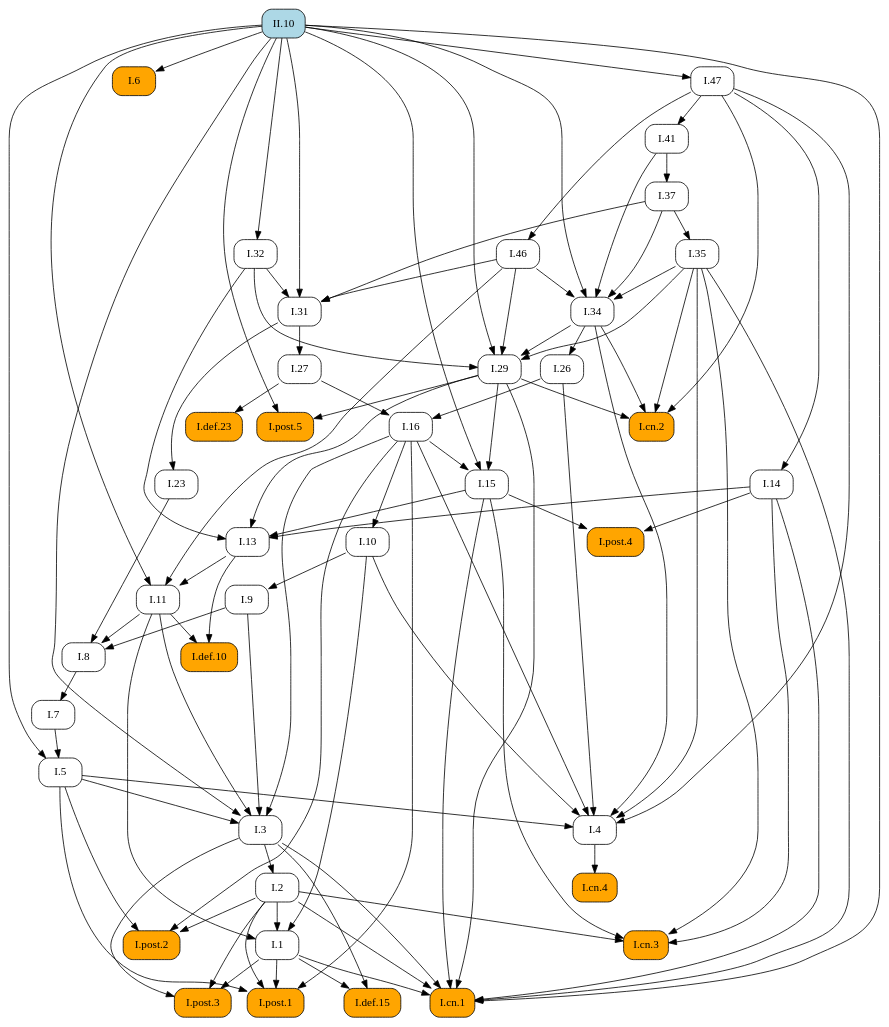
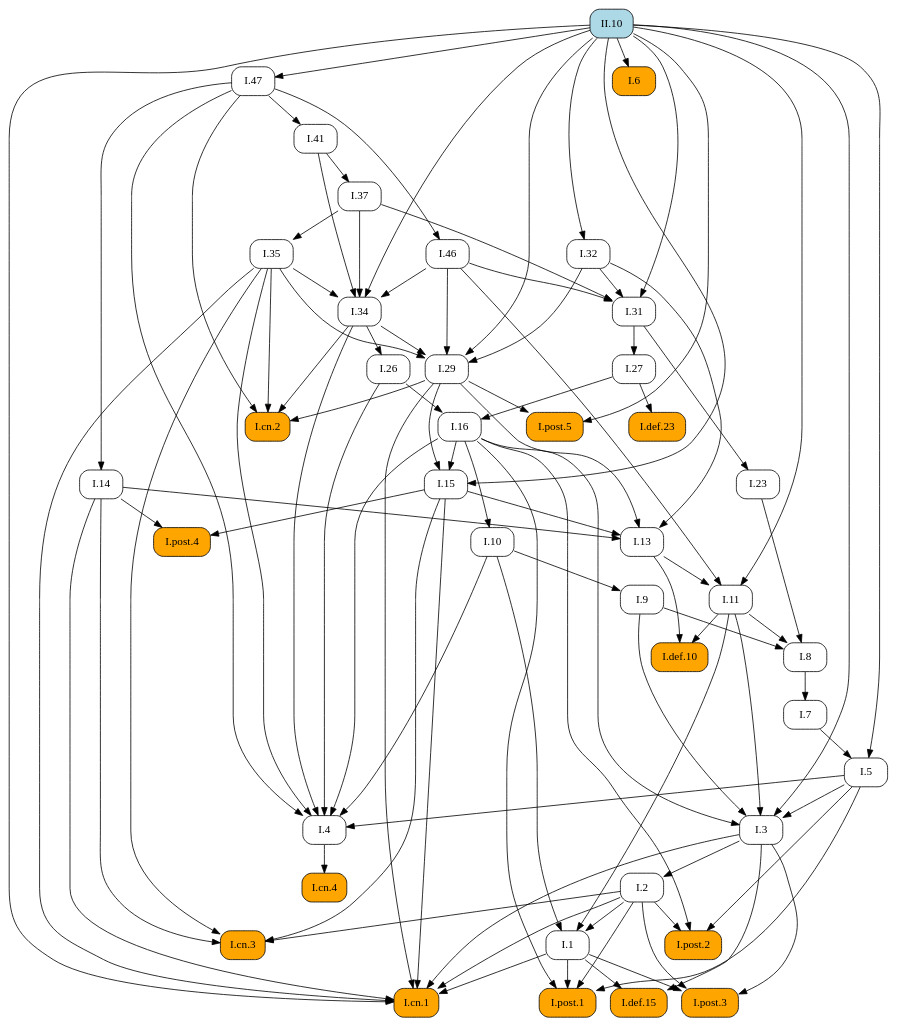
One commit to geometor/elements changed the diagram in docsrc/heath/II/10/index.rst. Above: the diagram before and after it, drawn with Graphviz. The commit also changed other lines of this file and 1029 other files, not shown here.

```diff
--- a/docsrc/heath/II/10/index.rst
+++ b/docsrc/heath/II/10/index.rst
@@ -122,133 +122,72 @@
    digraph {
      rankdir="TB";
      node [shape=box, style=rounded];
+     "I.def.10" [style="rounded,filled", fillcolor=orange, URL="/heath/I/def.10/", target="_top"];
+     "I.11" [URL="/heath/I/11/", target="_top"];
+     "I.post.4" [style="rounded,filled", fillcolor=orange, URL="/heath/I/post.4/", target="_top"];
+     "I.1" [URL="/heath/I/1/", target="_top"];
+     "I.26" [URL="/heath/I/26/", target="_top"];
+     "I.29" [URL="/heath/I/29/", target="_top"];
+     "I.cn.2" [style="rounded,filled", fillcolor=orange, URL="/heath/I/cn.2/", target="_top"];
+     "I.47" [URL="/heath/I/47/", target="_top"];
+     "I.def.15" [style="rounded,filled", fillcolor=orange, URL="/heath/I/def.15/", target="_top"];
+     "I.post.3" [style="rounded,filled", fillcolor=orange, URL="/heath/I/post.3/", target="_top"];
+     "I.cn.1" [style="rounded,filled", fillcolor=orange, URL="/heath/I/cn.1/", target="_top"];
      "I.cn.3" [style="rounded,filled", fillcolor=orange, URL="/heath/I/cn.3/", target="_top"];
-     "I.29" [URL="/heath/I/29/", target="_top"];
+     "I.14" [URL="/heath/I/14/", target="_top"];
+     "I.23" [URL="/heath/I/23/", target="_top"];
+     "I.post.1" [style="rounded,filled", fillcolor=orange, URL="/heath/I/post.1/", target="_top"];
+     "I.35" [URL="/heath/I/35/", target="_top"];
+     "I.41" [URL="/heath/I/41/", target="_top"];
+     "I.27" [URL="/heath/I/27/", target="_top"];
+     "I.46" [URL="/heath/I/46/", target="_top"];
      "I.7" [URL="/heath/I/7/", target="_top"];
-     "I.27" [URL="/heath/I/27/", target="_top"];
+     "I.34" [URL="/heath/I/34/", target="_top"];
+     "I.3" [URL="/heath/I/3/", target="_top"];
+     "I.6" [style="rounded,filled", fillcolor=orange, URL="/heath/I/6/", target="_top"];
+     "I.37" [URL="/heath/I/37/", target="_top"];
+     "I.2" [URL="/heath/I/2/", target="_top"];
+     "I.4" [URL="/heath/I/4/", target="_top"];
      "I.def.23" [style="rounded,filled", fillcolor=orange, URL="/heath/I/def.23/", target="_top"];
-     "I.37" [URL="/heath/I/37/", target="_top"];
-     "I.34" [URL="/heath/I/34/", target="_top"];
+     "I.13" [URL="/heath/I/13/", target="_top"];
+     "I.31" [URL="/heath/I/31/", target="_top"];
+     "I.post.2" [style="rounded,filled", fillcolor=orange, URL="/heath/I/post.2/", target="_top"];
+     "I.16" [URL="/heath/I/16/", target="_top"];
+     "I.9" [URL="/heath/I/9/", target="_top"];
+     "I.32" [URL="/heath/I/32/", target="_top"];
      "I.8" [URL="/heath/I/8/", target="_top"];
-     "I.9" [URL="/heath/I/9/", target="_top"];
-     "I.post.4" [style="rounded,filled", fillcolor=orange, URL="/heath/I/post.4/", target="_top"];
-     "I.2" [URL="/heath/I/2/", target="_top"];
-     "I.def.15" [style="rounded,filled", fillcolor=orange, URL="/heath/I/def.15/", target="_top"];
-     "I.1" [URL="/heath/I/1/", target="_top"];
-     "I.post.1" [style="rounded,filled", fillcolor=orange, URL="/heath/I/post.1/", target="_top"];
      "I.cn.4" [style="rounded,filled", fillcolor=orange, URL="/heath/I/cn.4/", target="_top"];
-     "I.26" [URL="/heath/I/26/", target="_top"];
-     "I.6" [style="rounded,filled", fillcolor=orange, URL="/heath/I/6/", target="_top"];
-     "I.13" [URL="/heath/I/13/", target="_top"];
-     "I.23" [URL="/heath/I/23/", target="_top"];
-     "I.cn.2" [style="rounded,filled", fillcolor=orange, URL="/heath/I/cn.2/", target="_top"];
+     "I.15" [URL="/heath/I/15/", target="_top"];
+     "I.post.5" [style="rounded,filled", fillcolor=orange, URL="/heath/I/post.5/", target="_top"];
+     "I.10" [URL="/heath/I/10/", target="_top"];
+     "II.10" [style="rounded,filled", fillcolor=lightblue, URL="/heath/II/10/", target="_top"];
      "I.5" [URL="/heath/I/5/", target="_top"];
-     "I.11" [URL="/heath/I/11/", target="_top"];
-     "I.10" [URL="/heath/I/10/", target="_top"];
-     "I.4" [URL="/heath/I/4/", target="_top"];
-     "I.3" [URL="/heath/I/3/", target="_top"];
-     "I.16" [URL="/heath/I/16/", target="_top"];
-     "I.31" [URL="/heath/I/31/", target="_top"];
-     "I.def.10" [style="rounded,filled", fillcolor=orange, URL="/heath/I/def.10/", target="_top"];
-     "I.46" [URL="/heath/I/46/", target="_top"];
-     "I.post.2" [style="rounded,filled", fillcolor=orange, URL="/heath/I/post.2/", target="_top"];
-     "I.post.3" [style="rounded,filled", fillcolor=orange, URL="/heath/I/post.3/", target="_top"];
-     "I.post.5" [style="rounded,filled", fillcolor=orange, URL="/heath/I/post.5/", target="_top"];
-     "I.14" [URL="/heath/I/14/", target="_top"];
-     "I.35" [URL="/heath/I/35/", target="_top"];
-     "I.47" [URL="/heath/I/47/", target="_top"];
-     "I.15" [URL="/heath/I/15/", target="_top"];
-     "II.10" [style="rounded,filled", fillcolor=lightblue, URL="/heath/II/10/", target="_top"];
-     "I.cn.1" [style="rounded,filled", fillcolor=orange, URL="/heath/I/cn.1/", target="_top"];
-     "I.32" [URL="/heath/I/32/", target="_top"];
-     "I.41" [URL="/heath/I/41/", target="_top"];
-     "I.2" -> "I.cn.3";
-     "I.14" -> "I.cn.3";
-     "I.15" -> "I.cn.3";
-     "I.35" -> "I.cn.3";
+     "I.11" -> "I.def.10";
+     "I.13" -> "I.def.10";
+     "I.13" -> "I.11";
+     "I.46" -> "I.11";
+     "II.10" -> "I.11";
+     "I.14" -> "I.post.4";
+     "I.15" -> "I.post.4";
+     "I.2" -> "I.1";
+     "I.10" -> "I.1";
+     "I.11" -> "I.1";
+     "I.34" -> "I.26";
      "I.32" -> "I.29";
      "I.34" -> "I.29";
      "I.35" -> "I.29";
      "I.46" -> "I.29";
      "II.10" -> "I.29";
-     "I.8" -> "I.7";
-     "I.31" -> "I.27";
-     "I.27" -> "I.def.23";
-     "I.41" -> "I.37";
-     "I.35" -> "I.34";
-     "I.37" -> "I.34";
-     "I.41" -> "I.34";
-     "I.46" -> "I.34";
-     "II.10" -> "I.34";
-     "I.9" -> "I.8";
-     "I.11" -> "I.8";
-     "I.23" -> "I.8";
-     "I.10" -> "I.9";
-     "I.14" -> "I.post.4";
-     "I.15" -> "I.post.4";
-     "I.3" -> "I.2";
-     "I.1" -> "I.def.15";
-     "I.3" -> "I.def.15";
-     "I.2" -> "I.1";
-     "I.10" -> "I.1";
-     "I.11" -> "I.1";
-     "I.1" -> "I.post.1";
-     "I.2" -> "I.post.1";
-     "I.5" -> "I.post.1";
-     "I.16" -> "I.post.1";
-     "I.4" -> "I.cn.4";
-     "I.34" -> "I.26";
-     "II.10" -> "I.6";
-     "I.14" -> "I.13";
-     "I.15" -> "I.13";
-     "I.29" -> "I.13";
-     "I.32" -> "I.13";
-     "I.31" -> "I.23";
      "I.29" -> "I.cn.2";
      "I.34" -> "I.cn.2";
      "I.35" -> "I.cn.2";
      "I.47" -> "I.cn.2";
-     "I.7" -> "I.5";
-     "II.10" -> "I.5";
-     "I.13" -> "I.11";
-     "I.46" -> "I.11";
-     "II.10" -> "I.11";
-     "I.16" -> "I.10";
-     "I.5" -> "I.4";
-     "I.10" -> "I.4";
-     "I.16" -> "I.4";
-     "I.26" -> "I.4";
-     "I.34" -> "I.4";
-     "I.35" -> "I.4";
-     "I.47" -> "I.4";
-     "I.5" -> "I.3";
-     "I.9" -> "I.3";
-     "I.11" -> "I.3";
-     "I.16" -> "I.3";
-     "II.10" -> "I.3";
-     "I.26" -> "I.16";
-     "I.27" -> "I.16";
-     "I.32" -> "I.31";
-     "I.37" -> "I.31";
-     "I.46" -> "I.31";
-     "II.10" -> "I.31";
-     "I.11" -> "I.def.10";
-     "I.13" -> "I.def.10";
-     "I.47" -> "I.46";
-     "I.2" -> "I.post.2";
-     "I.5" -> "I.post.2";
-     "I.16" -> "I.post.2";
+     "II.10" -> "I.47";
+     "I.1" -> "I.def.15";
+     "I.3" -> "I.def.15";
      "I.1" -> "I.post.3";
      "I.2" -> "I.post.3";
      "I.3" -> "I.post.3";
-     "I.29" -> "I.post.5";
-     "II.10" -> "I.post.5";
-     "I.47" -> "I.14";
-     "I.37" -> "I.35";
-     "II.10" -> "I.47";
-     "I.16" -> "I.15";
-     "I.29" -> "I.15";
-     "II.10" -> "I.15";
      "I.1" -> "I.cn.1";
      "I.2" -> "I.cn.1";
      "I.3" -> "I.cn.1";
@@ -257,6 +196,67 @@
      "I.29" -> "I.cn.1";
      "I.35" -> "I.cn.1";
      "II.10" -> "I.cn.1";
+     "I.2" -> "I.cn.3";
+     "I.14" -> "I.cn.3";
+     "I.15" -> "I.cn.3";
+     "I.35" -> "I.cn.3";
+     "I.47" -> "I.14";
+     "I.31" -> "I.23";
+     "I.1" -> "I.post.1";
+     "I.2" -> "I.post.1";
+     "I.5" -> "I.post.1";
+     "I.16" -> "I.post.1";
+     "I.37" -> "I.35";
+     "I.47" -> "I.41";
+     "I.31" -> "I.27";
+     "I.47" -> "I.46";
+     "I.8" -> "I.7";
+     "I.35" -> "I.34";
+     "I.37" -> "I.34";
+     "I.41" -> "I.34";
+     "I.46" -> "I.34";
+     "II.10" -> "I.34";
+     "I.5" -> "I.3";
+     "I.9" -> "I.3";
+     "I.11" -> "I.3";
+     "I.16" -> "I.3";
+     "II.10" -> "I.3";
+     "II.10" -> "I.6";
+     "I.41" -> "I.37";
+     "I.3" -> "I.2";
+     "I.5" -> "I.4";
+     "I.10" -> "I.4";
+     "I.16" -> "I.4";
+     "I.26" -> "I.4";
+     "I.34" -> "I.4";
+     "I.35" -> "I.4";
+     "I.47" -> "I.4";
+     "I.27" -> "I.def.23";
+     "I.14" -> "I.13";
+     "I.15" -> "I.13";
+     "I.29" -> "I.13";
+     "I.32" -> "I.13";
+     "I.32" -> "I.31";
+     "I.37" -> "I.31";
+     "I.46" -> "I.31";
+     "II.10" -> "I.31";
+     "I.2" -> "I.post.2";
+     "I.5" -> "I.post.2";
+     "I.16" -> "I.post.2";
+     "I.26" -> "I.16";
+     "I.27" -> "I.16";
+     "I.10" -> "I.9";
      "II.10" -> "I.32";
-     "I.47" -> "I.41";
+     "I.9" -> "I.8";
+     "I.11" -> "I.8";
+     "I.23" -> "I.8";
+     "I.4" -> "I.cn.4";
+     "I.16" -> "I.15";
+     "I.29" -> "I.15";
+     "II.10" -> "I.15";
+     "I.29" -> "I.post.5";
+     "II.10" -> "I.post.5";
+     "I.16" -> "I.10";
+     "I.7" -> "I.5";
+     "II.10" -> "I.5";
    }
```
